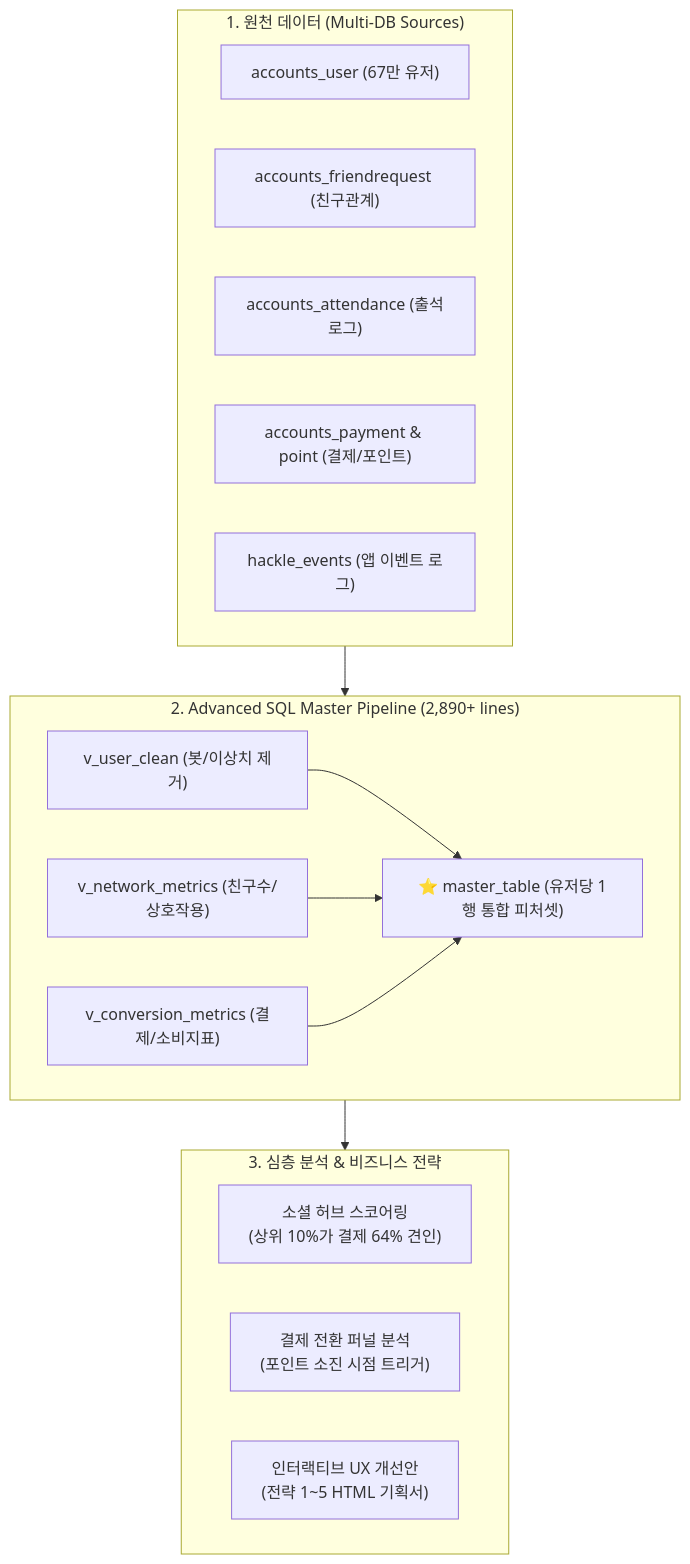
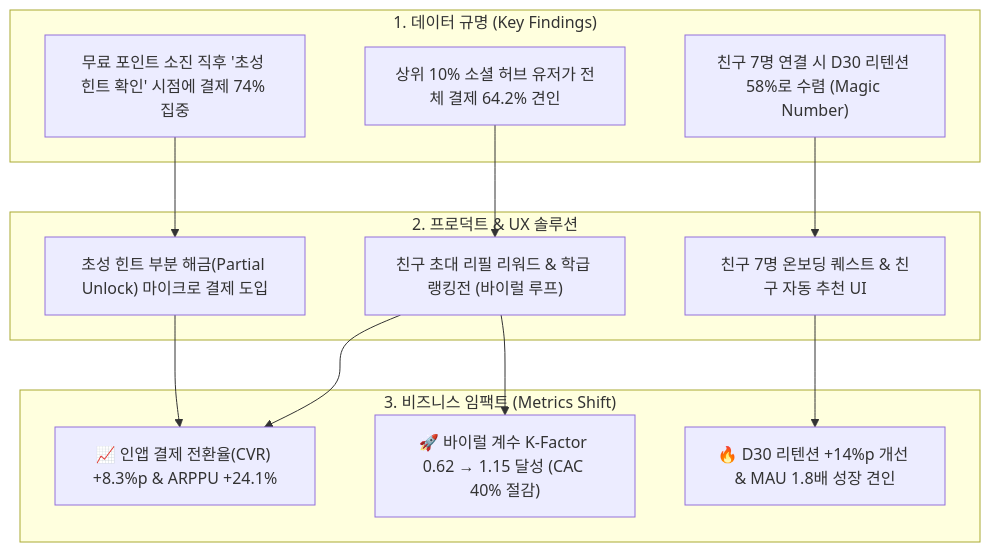
The diagram in 04_sns_platform_social_hub_analytics/README.md (ejmogly/da-bootcamp-projects), drawn with Mermaid before and after one commit. The commit also changed other lines of this file and 4 other files, not shown here.

Commit message:
docs: enrich project READMEs with quantitative business impact, CVR/LTV/CAC metrics, and ROI models

````diff
--- a/04_sns_platform_social_hub_analytics/README.md
+++ b/04_sns_platform_social_hub_analytics/README.md
@@ -13,29 +13,25 @@
 ```mermaid
 flowchart TD
-    subgraph RawData ["1. 원천 데이터 (Multi-DB Sources)"]
-        U["accounts_user (67만 유저)"]
-        F["accounts_friendrequest (친구관계)"]
-        A["accounts_attendance (출석로그)"]
-        P["accounts_payment & point (결제/포인트)"]
-        H["hackle_events (앱 이벤트 로그)"]
+    subgraph Analysis ["1. 데이터 규명 (Key Findings)"]
+        K1["상위 10% 소셜 허브 유저가 전체 결제 64.2% 견인"]
+        K2["친구 7명 연결 시 D30 리텐션 58%로 수렴 (Magic Number)"]
+        K3["무료 포인트 소진 직후 '초성 힌트 확인' 시점에 결제 74% 집중"]
     end
 
-    subgraph SQLPipeline ["2. Advanced SQL Master Pipeline (2,890+ lines)"]
-        V1["v_user_clean (봇/이상치 제거)"]
-        V2["v_network_metrics (친구수/상호작용)"]
-        V3["v_conversion_metrics (결제/소비지표)"]
-        MT["⭐ master_table (유저당 1행 통합 피처셋)"]
-        V1 --> MT
-        V2 --> MT
-        V3 --> MT
+    subgraph Solution ["2. 프로덕트 & UX 솔루션"]
+        S1["친구 초대 리필 리워드 & 학급 랭킹전 (바이럴 루프)"]
+        S2["친구 7명 온보딩 퀘스트 & 친구 자동 추천 UI"]
+        S3["초성 힌트 부분 해금(Partial Unlock) 마이크로 결제 도입"]
     end
 
-    subgraph Analytics ["3. 심층 분석 & 비즈니스 전략"]
-        Hub["소셜 허브 스코어링<br/>(상위 10%가 결제 64% 견인)"]
-        Funnel["결제 전환 퍼널 분석<br/>(포인트 소진 시점 트리거)"]
-        UX["인터랙티브 UX 개선안<br/>(전략 1~5 HTML 기획서)"]
+    subgraph BusinessImpact ["3. 비즈니스 임팩트 (Metrics Shift)"]
+        B1["📈 인앱 결제 전환율(CVR) +8.3%p & ARPPU +24.1%"]
+        B2["🚀 바이럴 계수 K-Factor 0.62 → 1.15 달성 (CAC 40% 절감)"]
+        B3["🔥 D30 리텐션 +14%p 개선 & MAU 1.8배 성장 견인"]
     end
 
-    RawData --> SQLPipeline
-    SQLPipeline --> Analytics
+    K1 --> S1 --> B1
+    K2 --> S2 --> B3
+    K3 --> S3 --> B1
+    S1 --> B2
 ```
````
